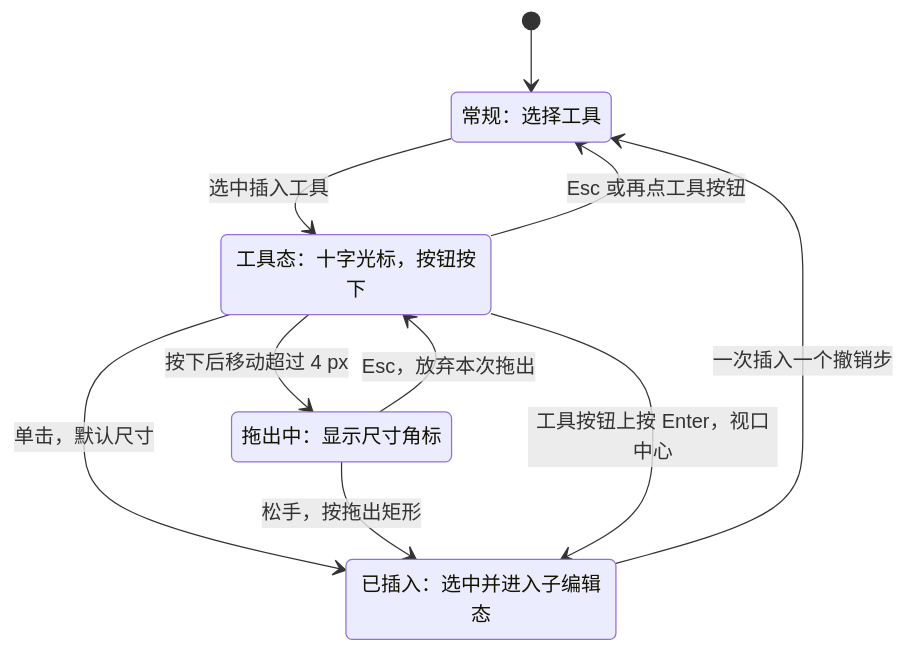
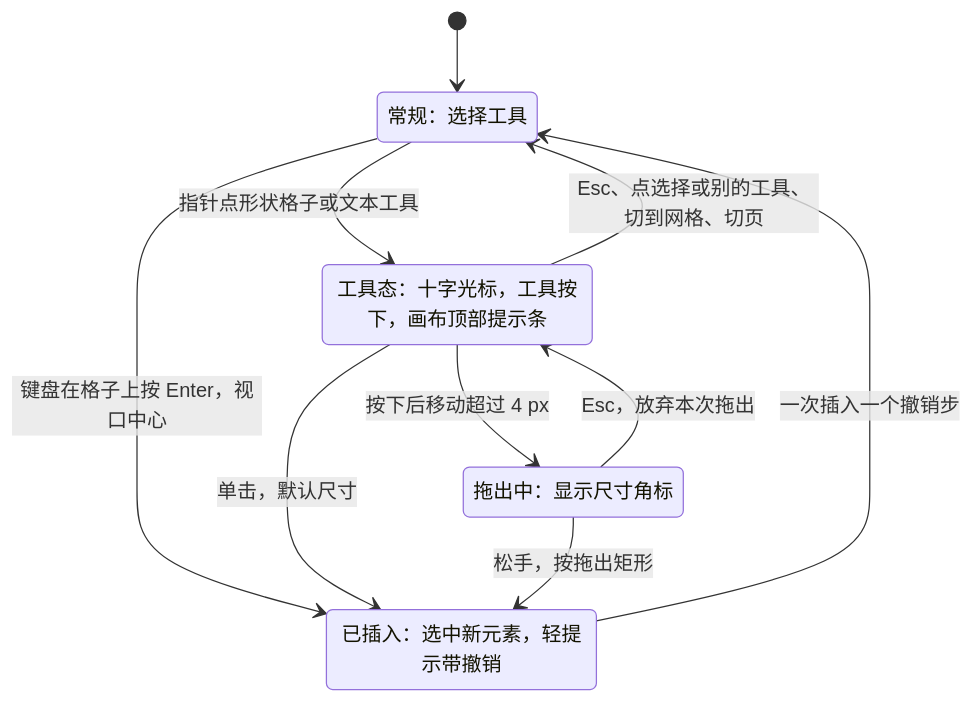
The fourth of 5 diagrams in docs/10-prd/07-design-coverage-and-gaps.md (Xeonice/cordis-ppt-editor), drawn with Mermaid before and after one commit. The commit also changed other lines of this file and 19 other files, not shown here.

````diff
--- a/docs/10-prd/07-design-coverage-and-gaps.md
+++ b/docs/10-prd/07-design-coverage-and-gaps.md
@@ -706,16 +812,16 @@
 ```mermaid
 stateDiagram-v2
   state "常规：选择工具" as normal
-  state "工具态：十字光标，按钮按下" as armed
+  state "工具态：十字光标，工具按下，画布顶部提示条" as armed
   state "拖出中：显示尺寸角标" as drawing
-  state "已插入：选中并进入子编辑态" as inserted
+  state "已插入：选中新元素，轻提示带撤销" as inserted
   [*] --> normal
-  normal --> armed : 选中插入工具
-  armed --> normal : Esc 或再点工具按钮
+  normal --> armed : 指针点形状格子或文本工具
+  normal --> inserted : 键盘在格子上按 Enter，视口中心
+  armed --> normal : Esc、点选择或别的工具、切到网格、切页
   armed --> inserted : 单击，默认尺寸
   armed --> drawing : 按下后移动超过 4 px
   drawing --> inserted : 松手，按拖出矩形
   drawing --> armed : Esc，放弃本次拖出
-  armed --> inserted : 工具按钮上按 Enter，视口中心
   inserted --> normal : 一次插入一个撤销步
 ```
````
